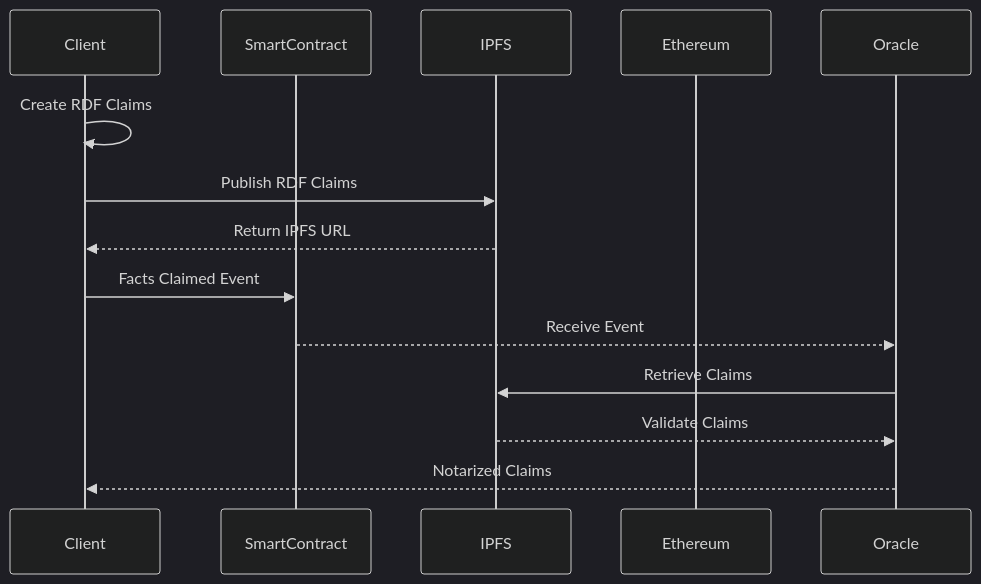
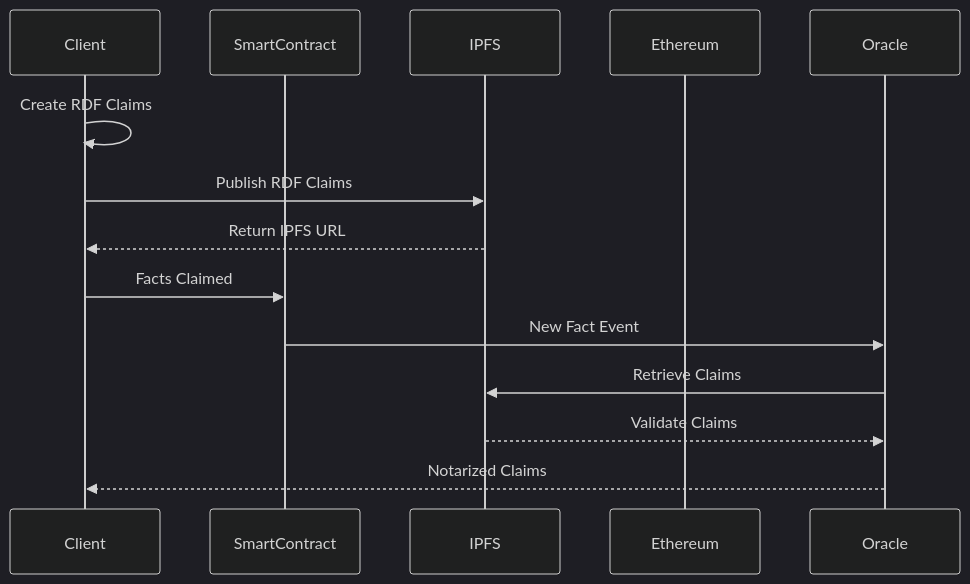
Before and after one commit to fact-claims/fact.claims: the third of 3 diagrams in www/content/rfc/draft.md, drawn with Mermaid (dark theme).

````diff
--- a/www/content/rfc/draft.md
+++ b/www/content/rfc/draft.md
@@ -122,17 +122,17 @@
 ```mermaid
 sequenceDiagram
     participant Client
     participant SmartContract
     participant IPFS
     participant Ethereum
     participant Oracle
 
     Client->>Client: Create RDF Claims
     Client->>IPFS: Publish RDF Claims
     IPFS-->>Client: Return IPFS URL
-    Client->>SmartContract: Facts Claimed Event
-    SmartContract-->>Oracle: Receive Event
+    Client->>SmartContract: Facts Claimed
+    SmartContract->>Oracle: New Fact Event
     Oracle->>IPFS: Retrieve Claims
     IPFS-->>Oracle: Validate Claims
     Oracle-->>Client: Notarized Claims
 ```
````
